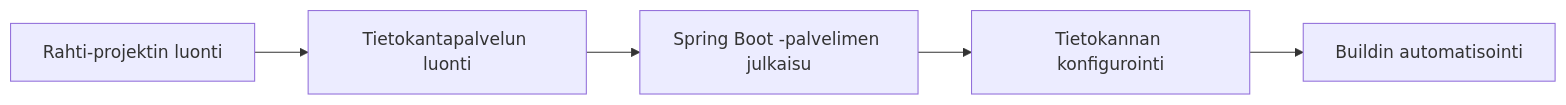
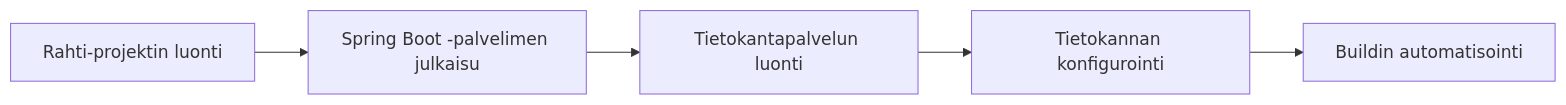
Before and after one commit to haagahelia/hh-csc-docs: the diagram in docs/reseptit/spring_rahti.md, drawn with Mermaid. The commit also changed other lines of this file, not shown here.

Commit message:
Spring-reseptin vaiheiden järjestys muutettu loogisemmaksi

````diff
--- a/docs/reseptit/spring_rahti.md
+++ b/docs/reseptit/spring_rahti.md
@@ -22,15 +22,15 @@
 ```mermaid
 flowchart LR
   classDef highlight fill:#ffe2ff,stroke:#996d99,stroke-width:3px;
 
   step1[Rahti-projektin luonti]
-  step2[Tietokantapalvelun luonti]
-  step3[Spring Boot -palvelimen julkaisu]
+  step2[Spring Boot -palvelimen julkaisu]
+  step3[Tietokantapalvelun luonti]
   step4[Tietokannan konfigurointi]
   step5[Buildin automatisointi]
 
   step1-->step2
   step2-->step3
   step3-->step4
   step4-->step5
 ```
````
